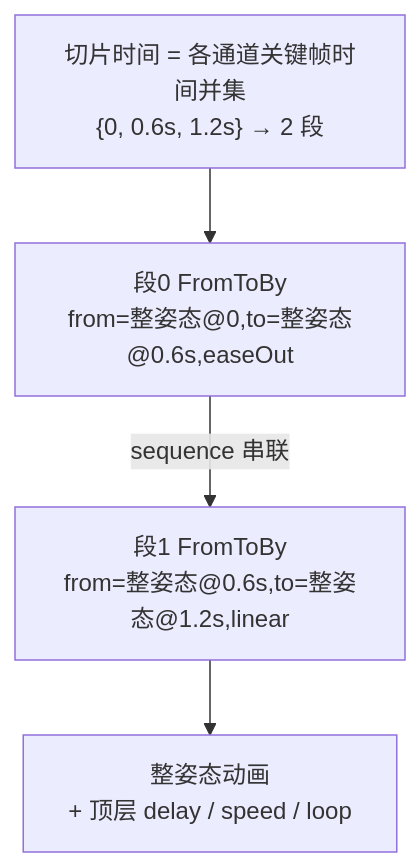
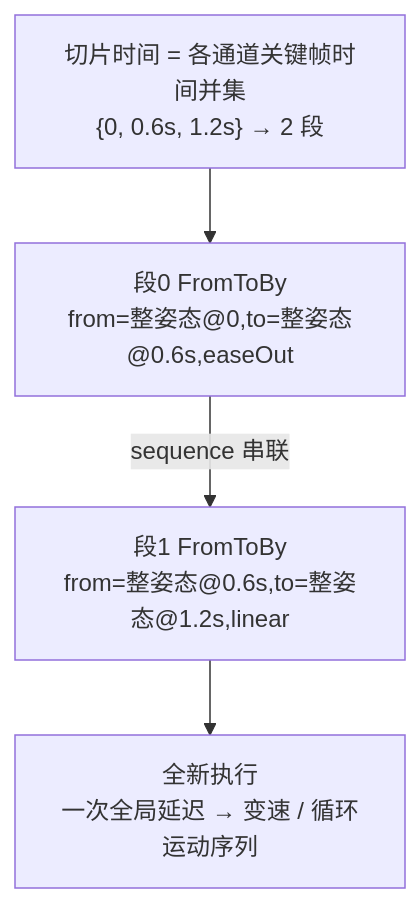
Before and after one commit to webspatial/webspatial-sdk: the ninth of 14 diagrams in openspec/changes/redesign-entity-motion-api/design.zh.md, drawn with Mermaid. The commit also changed other lines of this file and 5 other files, not shown here.

````diff
--- a/openspec/changes/redesign-entity-motion-api/design.zh.md
+++ b/openspec/changes/redesign-entity-motion-api/design.zh.md
@@ -1056,11 +1056,11 @@
 ```mermaid
 flowchart TB
     Slice["切片时间 = 各通道关键帧时间并集<br/>{0, 0.6s, 1.2s} → 2 段"]
     S0["段0 FromToBy<br/>from=整姿态@0,to=整姿态@0.6s,easeOut"]
     S1["段1 FromToBy<br/>from=整姿态@0.6s,to=整姿态@1.2s,linear"]
-    Clip["整姿态动画<br/>+ 顶层 delay / speed / loop"]
+    Clip["全新执行<br/>一次全局延迟 → 变速 / 循环运动序列"]
 
     Slice --> S0
     S0 -->|sequence 串联| S1
     S1 --> Clip
 ```
````
